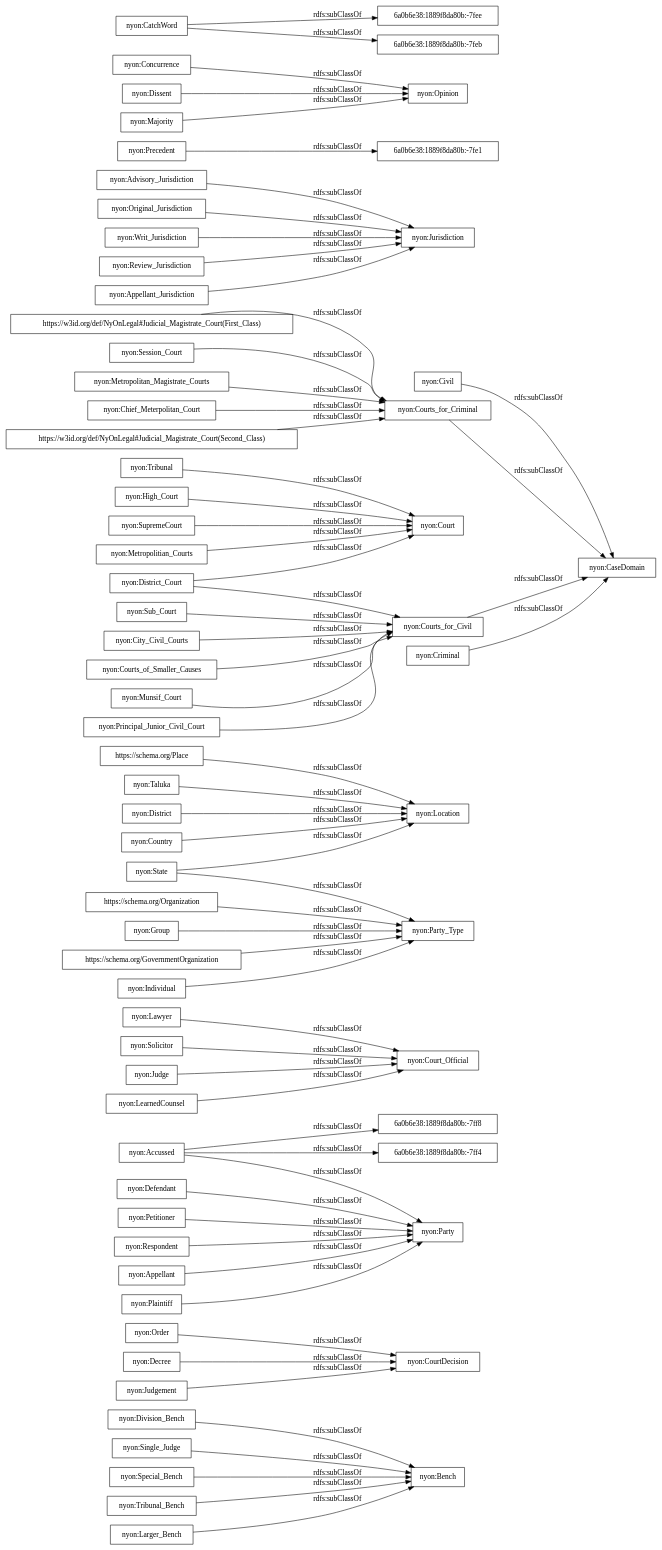
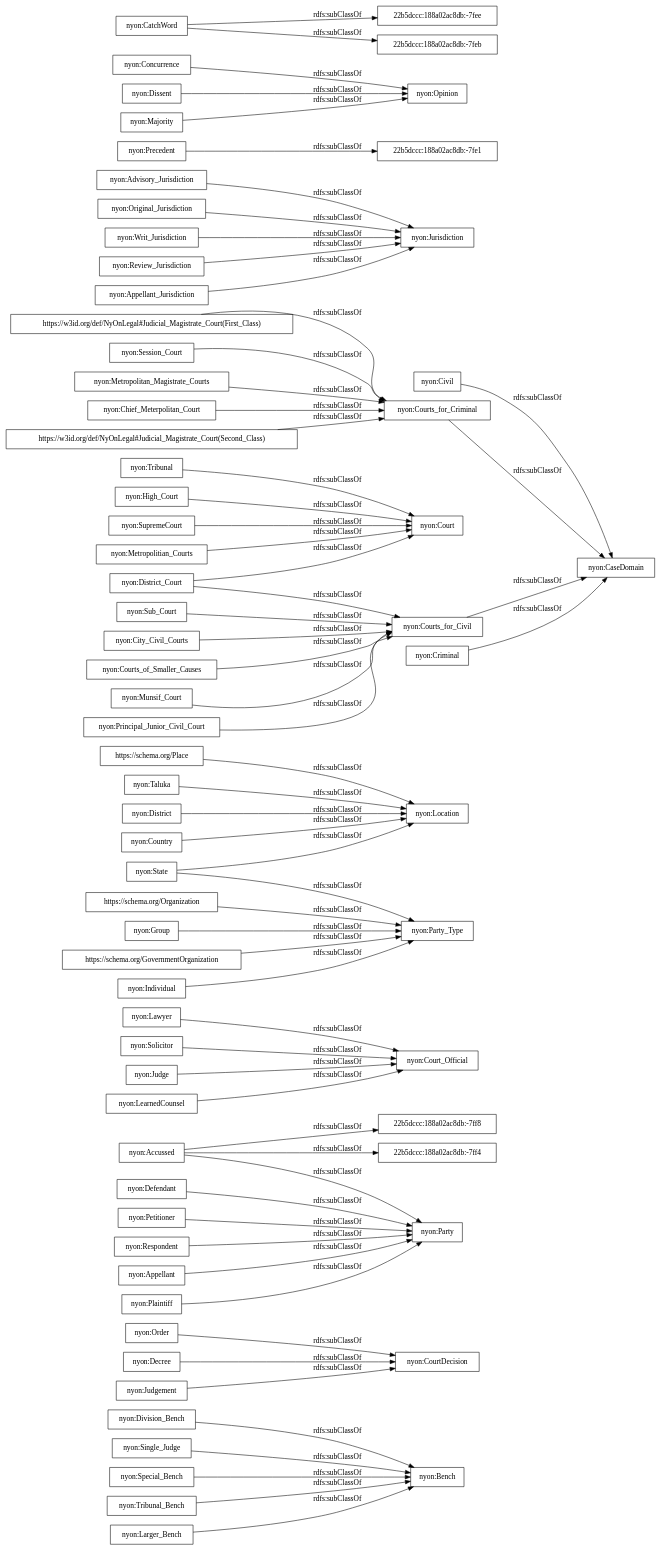
One commit to ahmad88me/NyOn changed the diagram in OnToology/NyOn.owl/diagrams/ar2dtool-taxonomy/NyOn.owl.png.dot. Above: the diagram before and after it, drawn with Graphviz. The commit also changed 11 other files, not shown here.

```diff
--- a/OnToology/NyOn.owl/diagrams/ar2dtool-taxonomy/NyOn.owl.png.dot
+++ b/OnToology/NyOn.owl/diagrams/ar2dtool-taxonomy/NyOn.owl.png.dot
@@ -1,67 +1,67 @@
 digraph ar2dtool_diagram { 
 rankdir=LR;
 size="1000"
-node [shape = rectangle, color="black"]; "nyon:Division_Bench" "nyon:Order" "nyon:Decree" "nyon:Bench" "nyon:Party" "nyon:Defendant" "nyon:Lawyer" "https://schema.org/Place" "nyon:Accussed" "nyon:Civil" "nyon:Taluka" "nyon:Principal_Junior_Civil_Court" "nyon:Solicitor" "nyon:Advisory_Jurisdiction" "nyon:Single_Judge" "nyon:Session_Court" "nyon:Metropolitan_Magistrate_Courts" "nyon:District_Court" "nyon:Chief_Meterpolitan_Court" "nyon:Original_Jurisdiction" "nyon:Court_Official" "nyon:Precedent" "nyon:Court" "nyon:High_Court" "https://w3id.org/def/NyOnLegal#Judicial_Magistrate_Court(Second_Class)" "nyon:State" "nyon:Concurrence" "nyon:Courts_for_Criminal" "6a0b6e38:1889f8da80b:-7fee" "nyon:Courts_for_Civil" "6a0b6e38:1889f8da80b:-7ff4" "nyon:Writ_Jurisdiction" "nyon:Location" "nyon:District" "nyon:Review_Jurisdiction" "nyon:City_Civil_Courts" "nyon:Appellant_Jurisdiction" "nyon:SupremeCourt" "nyon:Special_Bench" "nyon:Individual" "nyon:Opinion" "nyon:Judge" "nyon:Courts_of_Smaller_Causes" "nyon:Judgement" "nyon:LearnedCounsel" "nyon:Tribunal_Bench" "nyon:Jurisdiction" "https://schema.org/Organization" "nyon:Metropolitian_Courts" "nyon:Criminal" "nyon:Group" "nyon:Appellant" "nyon:Munsif_Court" "nyon:CatchWord" "6a0b6e38:1889f8da80b:-7fe1" "nyon:Dissent" "nyon:Party_Type" "nyon:Plaintiff" "nyon:Country" "nyon:CourtDecision" "6a0b6e38:1889f8da80b:-7ff8" "nyon:Tribunal" "nyon:Majority" "nyon:Petitioner" "nyon:CaseDomain" "nyon:Sub_Court" "https://schema.org/GovernmentOrganization" "nyon:Larger_Bench" "https://w3id.org/def/NyOnLegal#Judicial_Magistrate_Court(First_Class)" "nyon:Respondent" "6a0b6e38:1889f8da80b:-7feb" ; /*classes style*/
+node [shape = rectangle, color="black"]; "nyon:Division_Bench" "nyon:Order" "nyon:Decree" "nyon:Bench" "nyon:Party" "nyon:Defendant" "nyon:Lawyer" "https://schema.org/Place" "nyon:Accussed" "nyon:Civil" "nyon:Taluka" "nyon:Principal_Junior_Civil_Court" "nyon:Solicitor" "nyon:Advisory_Jurisdiction" "nyon:Single_Judge" "nyon:Session_Court" "nyon:Metropolitan_Magistrate_Courts" "nyon:District_Court" "nyon:Chief_Meterpolitan_Court" "nyon:Original_Jurisdiction" "nyon:Court_Official" "nyon:Precedent" "22b5dccc:188a02ac8db:-7ff4" "nyon:Court" "nyon:High_Court" "https://w3id.org/def/NyOnLegal#Judicial_Magistrate_Court(Second_Class)" "nyon:State" "nyon:Concurrence" "nyon:Courts_for_Criminal" "22b5dccc:188a02ac8db:-7fee" "nyon:Courts_for_Civil" "nyon:Writ_Jurisdiction" "nyon:Location" "nyon:District" "nyon:Review_Jurisdiction" "nyon:City_Civil_Courts" "nyon:Appellant_Jurisdiction" "nyon:SupremeCourt" "nyon:Special_Bench" "nyon:Individual" "nyon:Opinion" "nyon:Judge" "nyon:Courts_of_Smaller_Causes" "22b5dccc:188a02ac8db:-7ff8" "nyon:Judgement" "nyon:LearnedCounsel" "nyon:Tribunal_Bench" "nyon:Jurisdiction" "22b5dccc:188a02ac8db:-7fe1" "https://schema.org/Organization" "nyon:Metropolitian_Courts" "nyon:Criminal" "nyon:Group" "nyon:Appellant" "nyon:Munsif_Court" "nyon:CatchWord" "nyon:Dissent" "nyon:Party_Type" "nyon:Plaintiff" "nyon:Country" "nyon:CourtDecision" "nyon:Tribunal" "nyon:Majority" "nyon:Petitioner" "nyon:CaseDomain" "nyon:Sub_Court" "https://schema.org/GovernmentOrganization" "nyon:Larger_Bench" "https://w3id.org/def/NyOnLegal#Judicial_Magistrate_Court(First_Class)" "22b5dccc:188a02ac8db:-7feb" "nyon:Respondent" ; /*classes style*/
 	"nyon:Writ_Jurisdiction" -> "nyon:Jurisdiction" [ label = "rdfs:subClassOf" ];
 	"nyon:Special_Bench" -> "nyon:Bench" [ label = "rdfs:subClassOf" ];
 	"https://schema.org/Place" -> "nyon:Location" [ label = "rdfs:subClassOf" ];
 	"nyon:Judge" -> "nyon:Court_Official" [ label = "rdfs:subClassOf" ];
 	"nyon:Petitioner" -> "nyon:Party" [ label = "rdfs:subClassOf" ];
 	"https://schema.org/GovernmentOrganization" -> "nyon:Party_Type" [ label = "rdfs:subClassOf" ];
 	"nyon:Original_Jurisdiction" -> "nyon:Jurisdiction" [ label = "rdfs:subClassOf" ];
 	"nyon:Appellant" -> "nyon:Party" [ label = "rdfs:subClassOf" ];
 	"nyon:Order" -> "nyon:CourtDecision" [ label = "rdfs:subClassOf" ];
 	"nyon:Review_Jurisdiction" -> "nyon:Jurisdiction" [ label = "rdfs:subClassOf" ];
 	"https://schema.org/Organization" -> "nyon:Party_Type" [ label = "rdfs:subClassOf" ];
 	"nyon:District_Court" -> "nyon:Courts_for_Civil" [ label = "rdfs:subClassOf" ];
 	"nyon:District_Court" -> "nyon:Court" [ label = "rdfs:subClassOf" ];
 	"nyon:Metropolitian_Courts" -> "nyon:Court" [ label = "rdfs:subClassOf" ];
 	"nyon:Munsif_Court" -> "nyon:Courts_for_Civil" [ label = "rdfs:subClassOf" ];
 	"nyon:Respondent" -> "nyon:Party" [ label = "rdfs:subClassOf" ];
 	"nyon:Chief_Meterpolitan_Court" -> "nyon:Courts_for_Criminal" [ label = "rdfs:subClassOf" ];
 	"nyon:Session_Court" -> "nyon:Courts_for_Criminal" [ label = "rdfs:subClassOf" ];
 	"nyon:Majority" -> "nyon:Opinion" [ label = "rdfs:subClassOf" ];
 	"nyon:LearnedCounsel" -> "nyon:Court_Official" [ label = "rdfs:subClassOf" ];
 	"nyon:SupremeCourt" -> "nyon:Court" [ label = "rdfs:subClassOf" ];
 	"nyon:Larger_Bench" -> "nyon:Bench" [ label = "rdfs:subClassOf" ];
 	"nyon:Single_Judge" -> "nyon:Bench" [ label = "rdfs:subClassOf" ];
 	"nyon:Dissent" -> "nyon:Opinion" [ label = "rdfs:subClassOf" ];
 	"nyon:City_Civil_Courts" -> "nyon:Courts_for_Civil" [ label = "rdfs:subClassOf" ];
 	"nyon:District" -> "nyon:Location" [ label = "rdfs:subClassOf" ];
 	"nyon:Decree" -> "nyon:CourtDecision" [ label = "rdfs:subClassOf" ];
 	"nyon:High_Court" -> "nyon:Court" [ label = "rdfs:subClassOf" ];
 	"nyon:Courts_for_Civil" -> "nyon:CaseDomain" [ label = "rdfs:subClassOf" ];
 	"nyon:Sub_Court" -> "nyon:Courts_for_Civil" [ label = "rdfs:subClassOf" ];
 	"nyon:Civil" -> "nyon:CaseDomain" [ label = "rdfs:subClassOf" ];
 	"nyon:Plaintiff" -> "nyon:Party" [ label = "rdfs:subClassOf" ];
 	"nyon:State" -> "nyon:Party_Type" [ label = "rdfs:subClassOf" ];
 	"nyon:State" -> "nyon:Location" [ label = "rdfs:subClassOf" ];
 	"nyon:Criminal" -> "nyon:CaseDomain" [ label = "rdfs:subClassOf" ];
 	"nyon:Principal_Junior_Civil_Court" -> "nyon:Courts_for_Civil" [ label = "rdfs:subClassOf" ];
 	"nyon:Tribunal" -> "nyon:Court" [ label = "rdfs:subClassOf" ];
 	"https://w3id.org/def/NyOnLegal#Judicial_Magistrate_Court(Second_Class)" -> "nyon:Courts_for_Criminal" [ label = "rdfs:subClassOf" ];
 	"nyon:Courts_for_Criminal" -> "nyon:CaseDomain" [ label = "rdfs:subClassOf" ];
-	"nyon:Precedent" -> "6a0b6e38:1889f8da80b:-7fe1" [ label = "rdfs:subClassOf" ];
+	"nyon:Precedent" -> "22b5dccc:188a02ac8db:-7fe1" [ label = "rdfs:subClassOf" ];
 	"nyon:Concurrence" -> "nyon:Opinion" [ label = "rdfs:subClassOf" ];
-	"nyon:CatchWord" -> "6a0b6e38:1889f8da80b:-7feb" [ label = "rdfs:subClassOf" ];
-	"nyon:CatchWord" -> "6a0b6e38:1889f8da80b:-7fee" [ label = "rdfs:subClassOf" ];
+	"nyon:CatchWord" -> "22b5dccc:188a02ac8db:-7feb" [ label = "rdfs:subClassOf" ];
+	"nyon:CatchWord" -> "22b5dccc:188a02ac8db:-7fee" [ label = "rdfs:subClassOf" ];
 	"nyon:Solicitor" -> "nyon:Court_Official" [ label = "rdfs:subClassOf" ];
 	"nyon:Courts_of_Smaller_Causes" -> "nyon:Courts_for_Civil" [ label = "rdfs:subClassOf" ];
 	"nyon:Defendant" -> "nyon:Party" [ label = "rdfs:subClassOf" ];
-	"nyon:Accussed" -> "6a0b6e38:1889f8da80b:-7ff4" [ label = "rdfs:subClassOf" ];
-	"nyon:Accussed" -> "6a0b6e38:1889f8da80b:-7ff8" [ label = "rdfs:subClassOf" ];
+	"nyon:Accussed" -> "22b5dccc:188a02ac8db:-7ff4" [ label = "rdfs:subClassOf" ];
+	"nyon:Accussed" -> "22b5dccc:188a02ac8db:-7ff8" [ label = "rdfs:subClassOf" ];
 	"nyon:Accussed" -> "nyon:Party" [ label = "rdfs:subClassOf" ];
 	"nyon:Group" -> "nyon:Party_Type" [ label = "rdfs:subClassOf" ];
 	"nyon:Country" -> "nyon:Location" [ label = "rdfs:subClassOf" ];
 	"nyon:Tribunal_Bench" -> "nyon:Bench" [ label = "rdfs:subClassOf" ];
 	"nyon:Lawyer" -> "nyon:Court_Official" [ label = "rdfs:subClassOf" ];
 	"nyon:Taluka" -> "nyon:Location" [ label = "rdfs:subClassOf" ];
 	"nyon:Judgement" -> "nyon:CourtDecision" [ label = "rdfs:subClassOf" ];
 	"nyon:Division_Bench" -> "nyon:Bench" [ label = "rdfs:subClassOf" ];
 	"nyon:Advisory_Jurisdiction" -> "nyon:Jurisdiction" [ label = "rdfs:subClassOf" ];
 	"nyon:Metropolitan_Magistrate_Courts" -> "nyon:Courts_for_Criminal" [ label = "rdfs:subClassOf" ];
 	"nyon:Appellant_Jurisdiction" -> "nyon:Jurisdiction" [ label = "rdfs:subClassOf" ];
 	"nyon:Individual" -> "nyon:Party_Type" [ label = "rdfs:subClassOf" ];
 	"https://w3id.org/def/NyOnLegal#Judicial_Magistrate_Court(First_Class)" -> "nyon:Courts_for_Criminal" [ label = "rdfs:subClassOf" ];
 
 }
```
